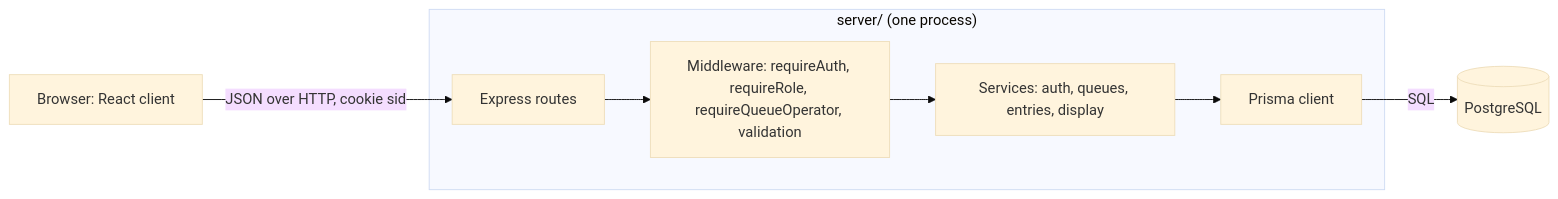
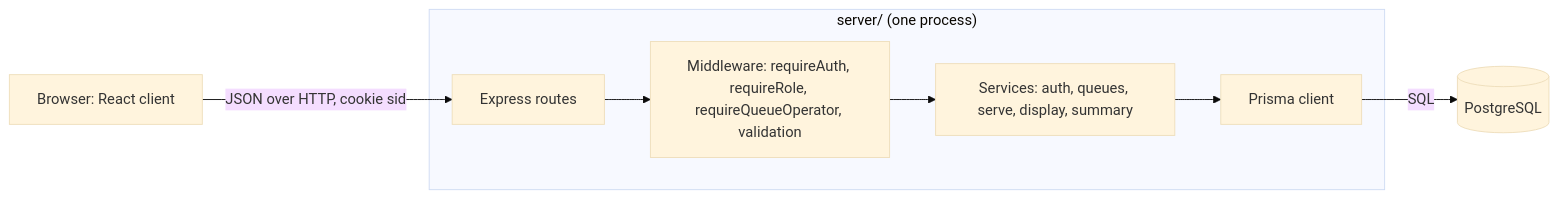
Before and after one commit to MacOverlorD/Queue_and_Service_Management_System_37-39: the first of 3 diagrams in docs/system-sds.md, drawn with Mermaid (base theme). The commit also changed other lines of this file, not shown here.

````diff
--- a/docs/system-sds.md
+++ b/docs/system-sds.md
@@ -22,10 +24,10 @@
 ```mermaid
 flowchart LR
   B[Browser: React client] -- "JSON over HTTP, cookie sid" --> R[Express routes]
   subgraph API["server/ (one process)"]
     R --> M[Middleware: requireAuth, requireRole, requireQueueOperator, validation]
-    M --> S[Services: auth, queues, entries, display]
+    M --> S[Services: auth, queues, serve, display, summary]
     S --> P[Prisma client]
   end
   P -- SQL --> DB[(PostgreSQL)]
 ```
````
